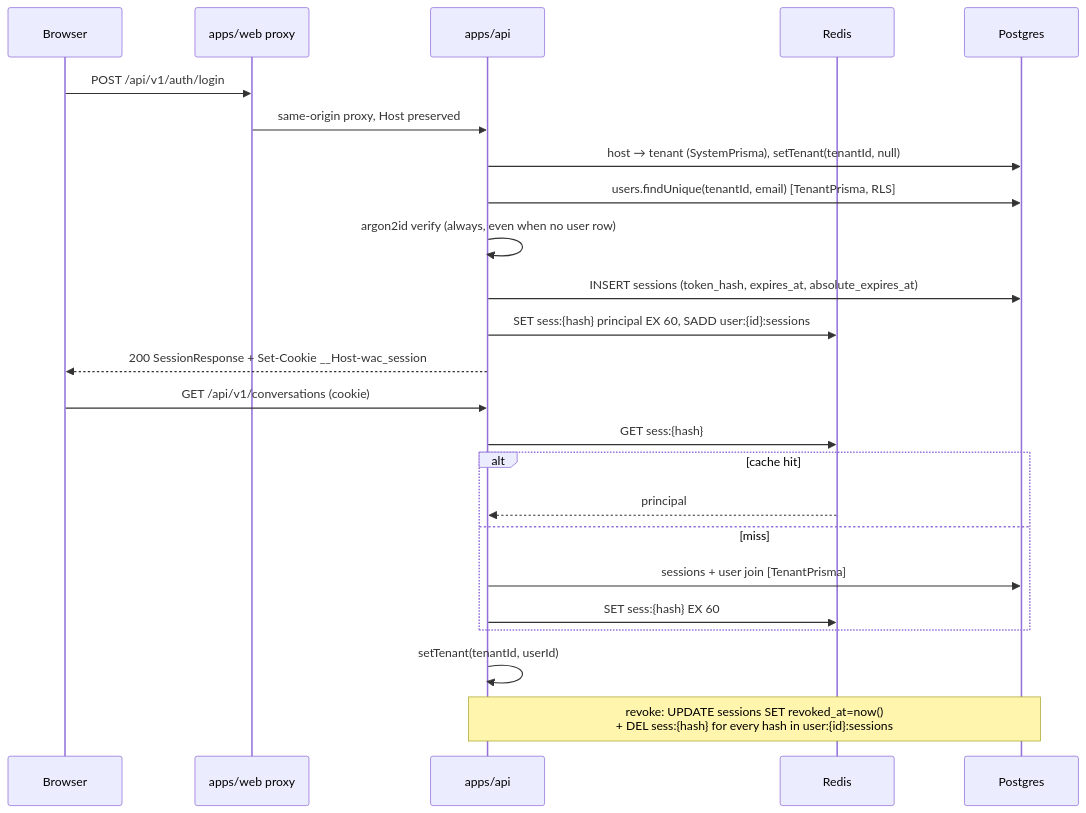
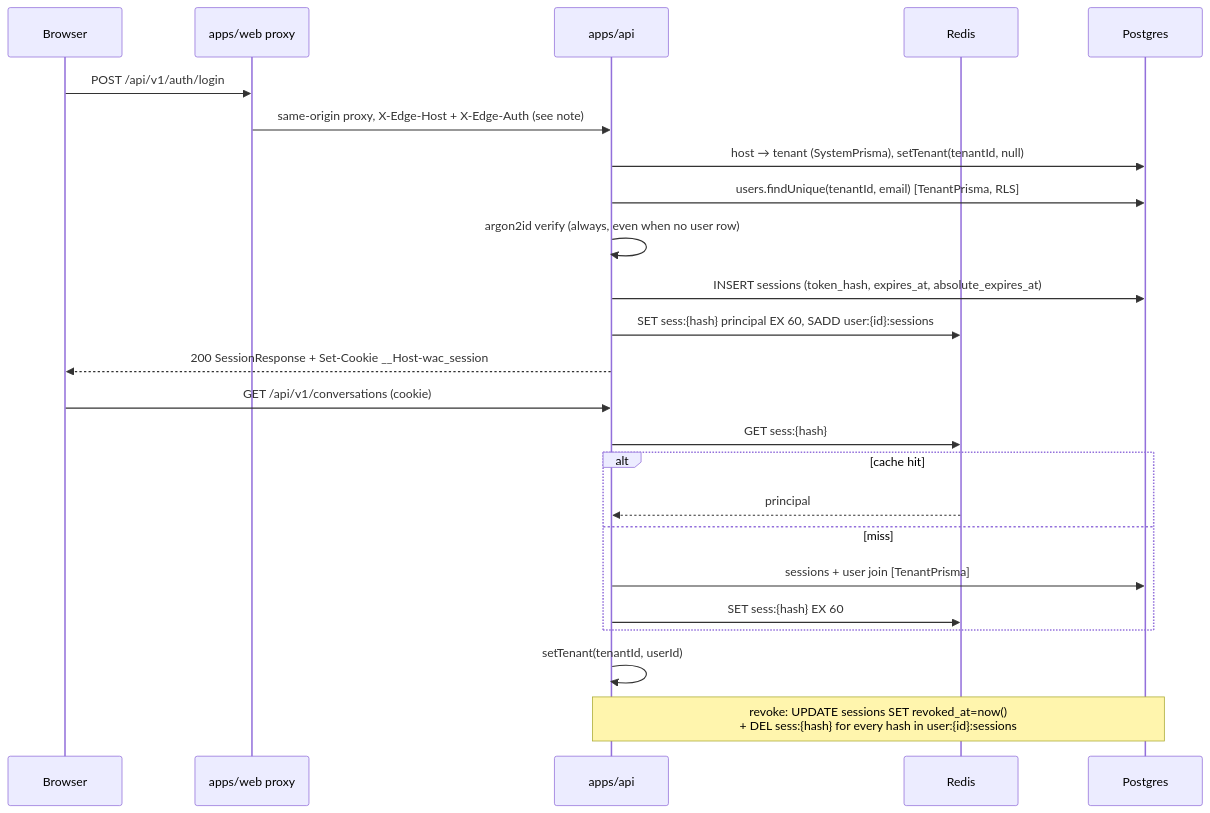
Before and after one commit to tarekmodev/whatsappcrm: the diagram in docs/architecture/0005-auth-session-and-invite-contract.md, drawn with Mermaid. The commit also changed other lines of this file and 16 other files, not shown here.

````diff
--- a/docs/architecture/0005-auth-session-and-invite-contract.md
+++ b/docs/architecture/0005-auth-session-and-invite-contract.md
@@ -131,29 +131,29 @@
 ```mermaid
 sequenceDiagram
   participant B as Browser
   participant W as apps/web proxy
   participant A as apps/api
   participant R as Redis
   participant P as Postgres
 
   B->>W: POST /api/v1/auth/login
-  W->>A: same-origin proxy, Host preserved
+  W->>A: same-origin proxy, X-Edge-Host + X-Edge-Auth (see note)
   A->>P: host → tenant (SystemPrisma), setTenant(tenantId, null)
   A->>P: users.findUnique(tenantId, email)   [TenantPrisma, RLS]
   A->>A: argon2id verify (always, even when no user row)
   A->>P: INSERT sessions (token_hash, expires_at, absolute_expires_at)
   A->>R: SET sess:{hash} principal EX 60, SADD user:{id}:sessions
   A-->>B: 200 SessionResponse + Set-Cookie __Host-wac_session
 
   B->>A: GET /api/v1/conversations (cookie)
   A->>R: GET sess:{hash}
   alt cache hit
     R-->>A: principal
   else miss
     A->>P: sessions + user join [TenantPrisma]
     A->>R: SET sess:{hash} EX 60
   end
   A->>A: setTenant(tenantId, userId)
 
   Note over A,P: revoke: UPDATE sessions SET revoked_at=now()<br/>+ DEL sess:{hash} for every hash in user:{id}:sessions
 ```
````
